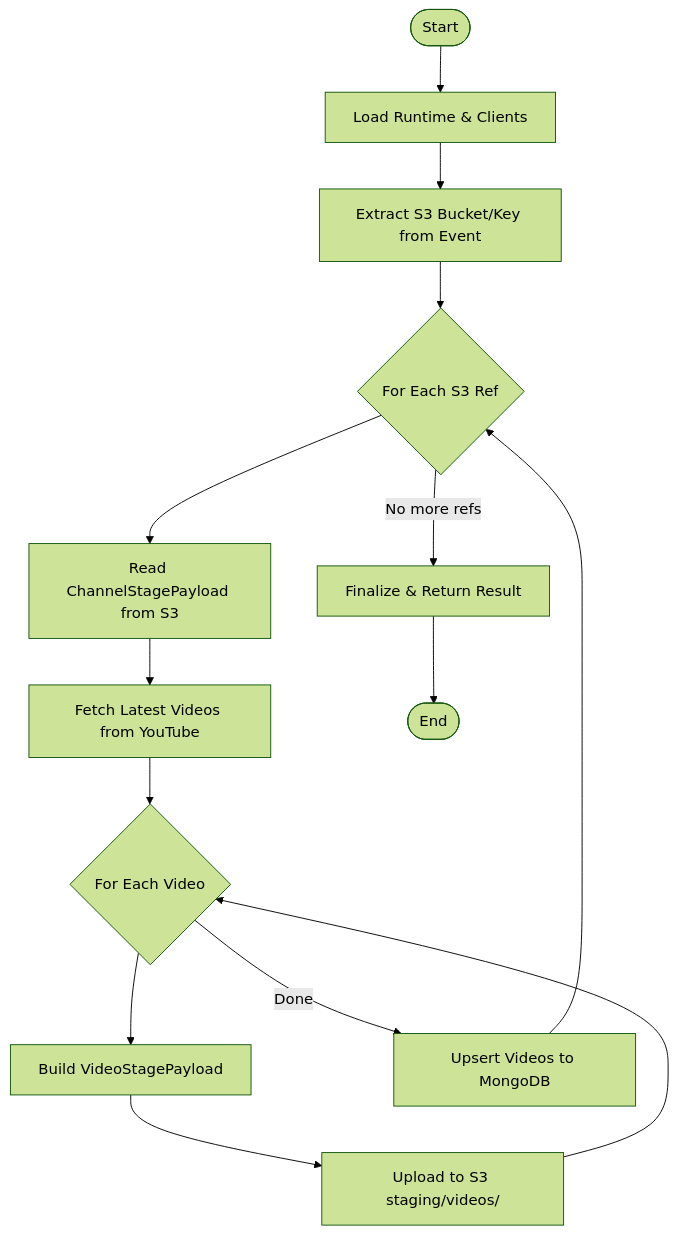
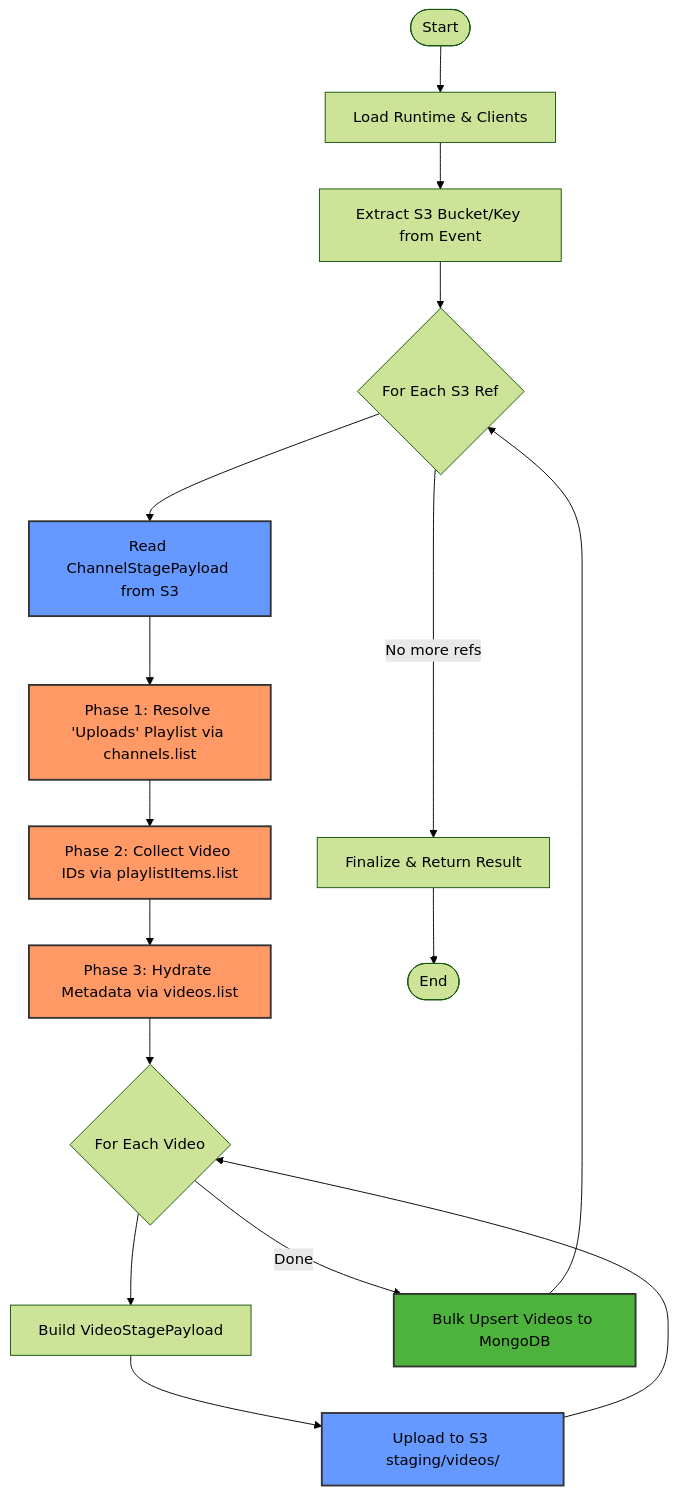
One commit to kaushalkrishna2000/youtube-bot-analytics changed the third of 3 diagrams in video_lambda/README.md. Above: the diagram before and after it, drawn with Mermaid (forest theme). The commit also changed other lines of this file and 3 other files, not shown here.

Commit message:
Update README files to reflect detailed execution flow, added enriched client-specific diagrams, enhanced YouTube API phase descriptions, and streamlined MongoDB persistence logic

````diff
--- a/video_lambda/README.md
+++ b/video_lambda/README.md
@@ -61,20 +77,27 @@
 ```mermaid
 flowchart TD
     Start([Start]) --> LoadRuntime[Load Runtime & Clients]
     LoadRuntime --> ResolveRefs[Extract S3 Bucket/Key from Event]
     ResolveRefs --> ForEachRef{For Each S3 Ref}
     
-    ForEachRef --> ReadS3[Read ChannelStagePayload from S3]
-    ReadS3 --> FetchVideos[Fetch Latest Videos from YouTube]
-    FetchVideos --> ForEachVideo{For Each Video}
+    ForEachRef --> ReadS3[Read ChannelStagePayload from S3]:::s3
+    ReadS3 --> P1[Phase 1: Resolve 'Uploads' Playlist via channels.list]:::youtube
+    P1 --> P2[Phase 2: Collect Video IDs via playlistItems.list]:::youtube
+    P2 --> P3[Phase 3: Hydrate Metadata via videos.list]:::youtube
+    P3 --> ForEachVideo{For Each Video}
     
     ForEachVideo --> BuildPayload[Build VideoStagePayload]
-    BuildPayload --> UploadS3[Upload to S3 staging/videos/]
+    BuildPayload --> UploadS3[Upload to S3 staging/videos/]:::s3
     UploadS3 --> ForEachVideo
     
-    ForEachVideo -- Done --> UpsertMongo[Upsert Videos to MongoDB]
+    ForEachVideo -- Done --> UpsertMongo[Bulk Upsert Videos to MongoDB]:::mongodb
     UpsertMongo --> ForEachRef
-    
-    ForEachRef -- No more refs --> Finalize[Finalize & Return Result]
+
+    %% Termination path
+    ForEachRef -- No more refs ----> Finalize[Finalize & Return Result]
     Finalize --> End([End])
+
+    classDef youtube fill:#f96,stroke:#333,stroke-width:2px;
+    classDef s3 fill:#69f,stroke:#333,stroke-width:2px;
+    classDef mongodb fill:#4db33d,stroke:#333,stroke-width:2px;
 ```
````
